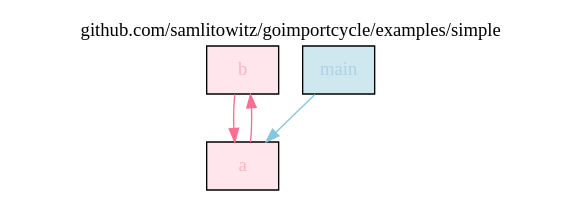
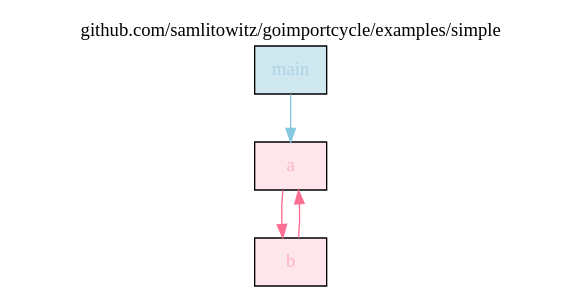
The diagram in assets/examples/simple-config/package.dot (samlitowitz/goimportcycle), drawn with Graphviz before and after one commit. The commit also changed 20 other files, not shown here.

```diff
--- a/assets/examples/simple-config/package.dot
+++ b/assets/examples/simple-config/package.dot
@@ -1,14 +1,13 @@
-
 digraph {
 	labelloc="t";
 	label="github.com/samlitowitz/goimportcycle/examples/simple";
 	rankdir="TB";
 	node [shape="rect"];
 
-	pkg_b [label="b", style="filled", fontcolor="#ffb3c6", fillcolor="#ffe5ec"];
-	pkg_main [label="main", style="filled", fontcolor="#aed1e6", fillcolor="#cfe8ef"];
-	pkg_a [label="a", style="filled", fontcolor="#ffb3c6", fillcolor="#ffe5ec"];
-	pkg_b -> pkg_a [color="#fb6f92"];
-	pkg_main -> pkg_a [color="#85c7de"];
-	pkg_a -> pkg_b [color="#fb6f92"];
+	"pkg_a" [label="a", style="filled", fontcolor="#ffb3c6", fillcolor="#ffe5ec"];
+	"pkg_b" [label="b", style="filled", fontcolor="#ffb3c6", fillcolor="#ffe5ec"];
+	"pkg_main" [label="main", style="filled", fontcolor="#aed1e6", fillcolor="#cfe8ef"];
+	"pkg_a" -> "pkg_b" [color="#fb6f92"];
+	"pkg_b" -> "pkg_a" [color="#fb6f92"];
+	"pkg_main" -> "pkg_a" [color="#85c7de"];
 }
```
